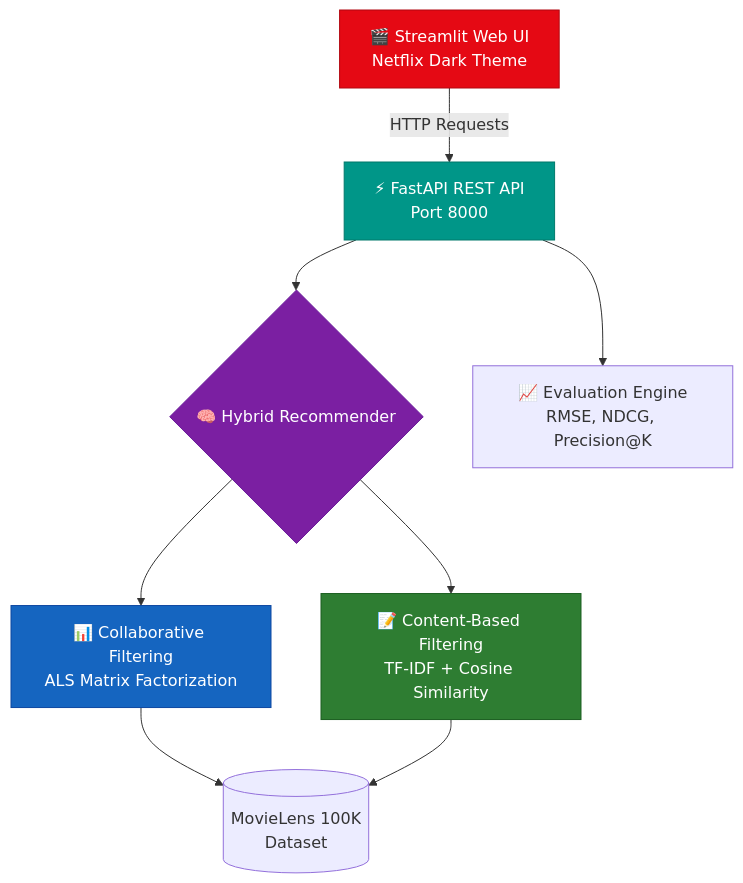
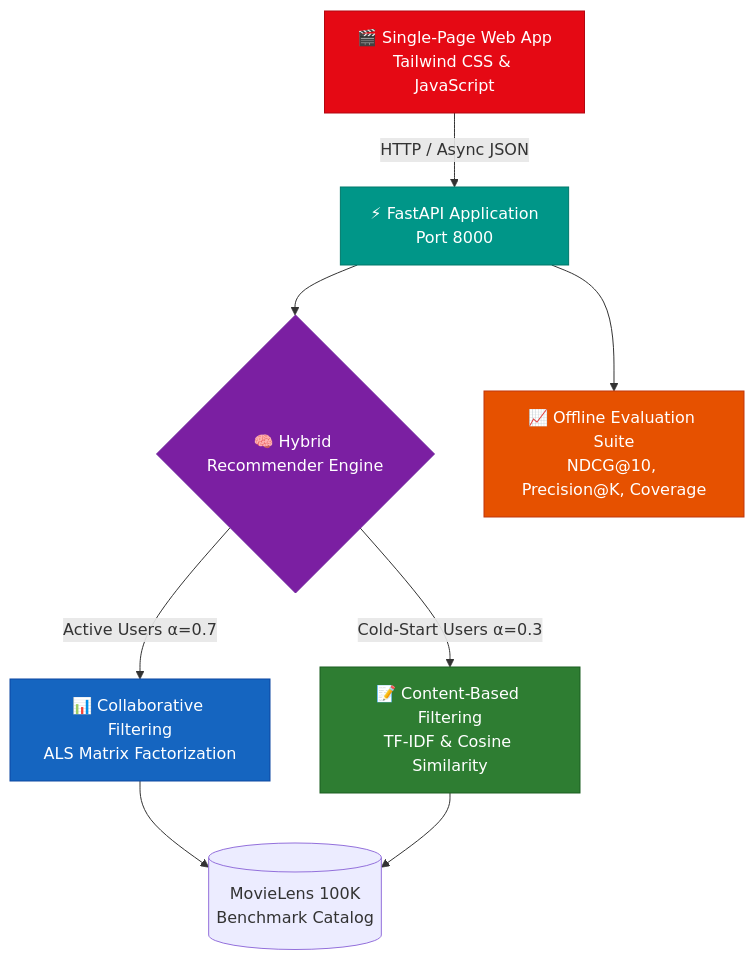
Before and after one commit to jaibhortake/ML-model-for-movie-recommendation-system: the diagram in README.md, drawn with Mermaid. The commit also changed other lines of this file, not shown here.

Commit message:
docs: enrich README with distinguishing features, web app architecture, and quickstart

````diff
--- a/README.md
+++ b/README.md
@@ -15,16 +15,17 @@
 ```mermaid
 graph TD
-    A[🎬 Streamlit Web UI<br/>Netflix Dark Theme] -->|HTTP Requests| B[⚡ FastAPI REST API<br/>Port 8000]
-    B --> C{🧠 Hybrid Recommender}
-    C --> D[📊 Collaborative Filtering<br/>ALS Matrix Factorization]
-    C --> E[📝 Content-Based Filtering<br/>TF-IDF + Cosine Similarity]
-    D --> F[(MovieLens 100K<br/>Dataset)]
+    A[🎬 Single-Page Web App<br/>Tailwind CSS & JavaScript] -->|HTTP / Async JSON| B[⚡ FastAPI Application<br/>Port 8000]
+    B --> C{🧠 Hybrid Recommender Engine}
+    C -->|Active Users α=0.7| D[📊 Collaborative Filtering<br/>ALS Matrix Factorization]
+    C -->|Cold-Start Users α=0.3| E[📝 Content-Based Filtering<br/>TF-IDF & Cosine Similarity]
+    D --> F[(MovieLens 100K<br/>Benchmark Catalog)]
     E --> F
-    B --> G[📈 Evaluation Engine<br/>RMSE, NDCG, Precision@K]
+    B --> G[📈 Offline Evaluation Suite<br/>NDCG@10, Precision@K, Coverage]
     
     style A fill:#E50914,stroke:#B20710,color:#fff
     style B fill:#009688,stroke:#00796B,color:#fff
     style C fill:#7B1FA2,stroke:#6A1B9A,color:#fff
     style D fill:#1565C0,stroke:#0D47A1,color:#fff
     style E fill:#2E7D32,stroke:#1B5E20,color:#fff
+    style G fill:#E65100,stroke:#BF360C,color:#fff
 ```
````
